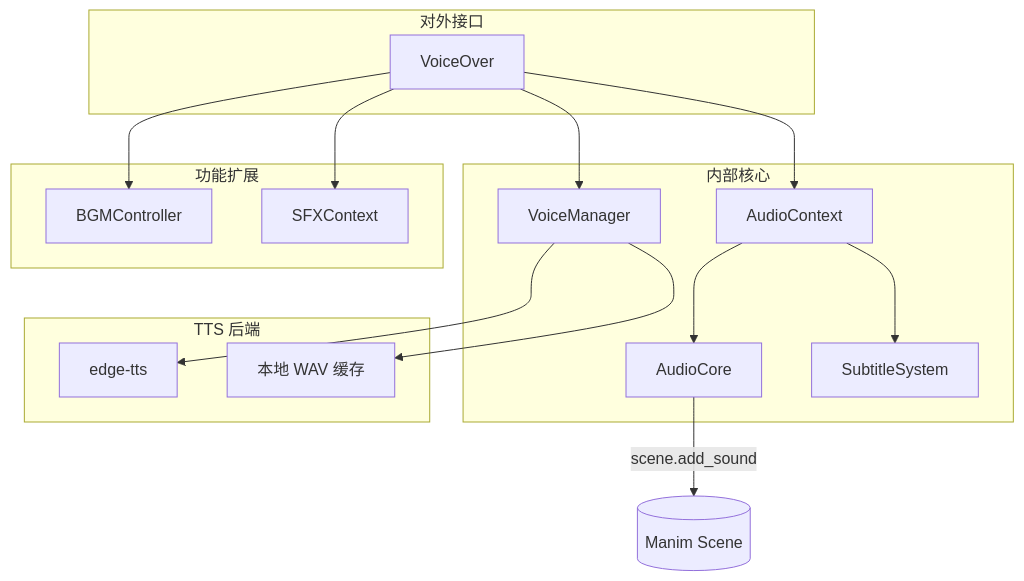
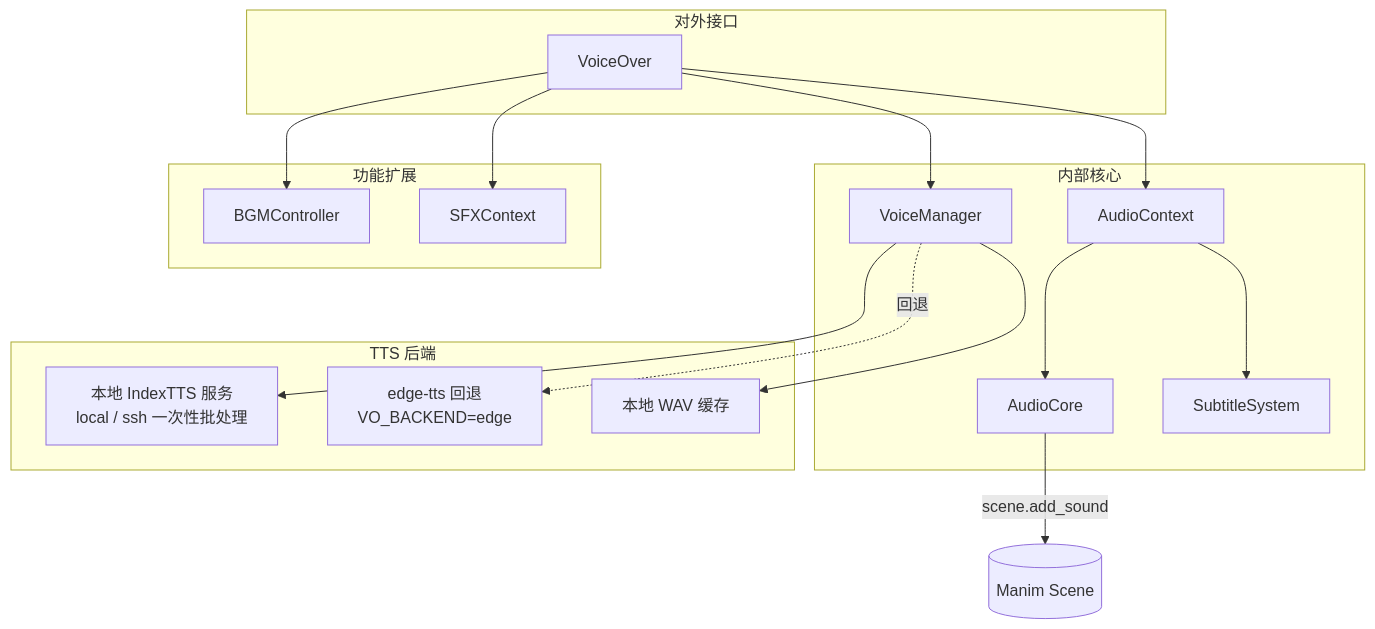
Before and after one commit to mronebian/manim-singularity: the diagram in docs/voiceover.md, drawn with Mermaid. The commit also changed other lines of this file and 7 other files, not shown here.

First line of the commit message:
feat(voiceover): 本地 IndexTTS 后端 + 自动预热(默认开) + vo-warm CLI

````diff
--- a/docs/voiceover.md
+++ b/docs/voiceover.md
@@ -9,36 +9,38 @@
 ```mermaid
 graph TB
     subgraph PUBLIC["对外接口"]
         VO[VoiceOver]
     end
 
     subgraph CORE["内部核心"]
         AC[AudioCore]
         VM[VoiceManager]
         CTX[AudioContext]
         SUB[SubtitleSystem]
     end
 
     subgraph EXT["功能扩展"]
         BGM[BGMController]
         SFX[SFXContext]
     end
 
     subgraph BACKEND["TTS 后端"]
-        EDGE[edge-tts]
+        LOCAL[本地 IndexTTS 服务<br/>local / ssh 一次性批处理]
+        EDGE[edge-tts 回退<br/>VO_BACKEND=edge]
         CACHE[本地 WAV 缓存]
     end
 
     VO --> CTX
     VO --> VM
     VO --> BGM
     VO --> SFX
 
     CTX --> AC
     CTX --> SUB
 
-    VM --> EDGE
+    VM --> LOCAL
+    VM -. 回退 .-> EDGE
     VM --> CACHE
 
     AC -->|scene.add_sound| MANIM[(Manim Scene)]
 ```
````
